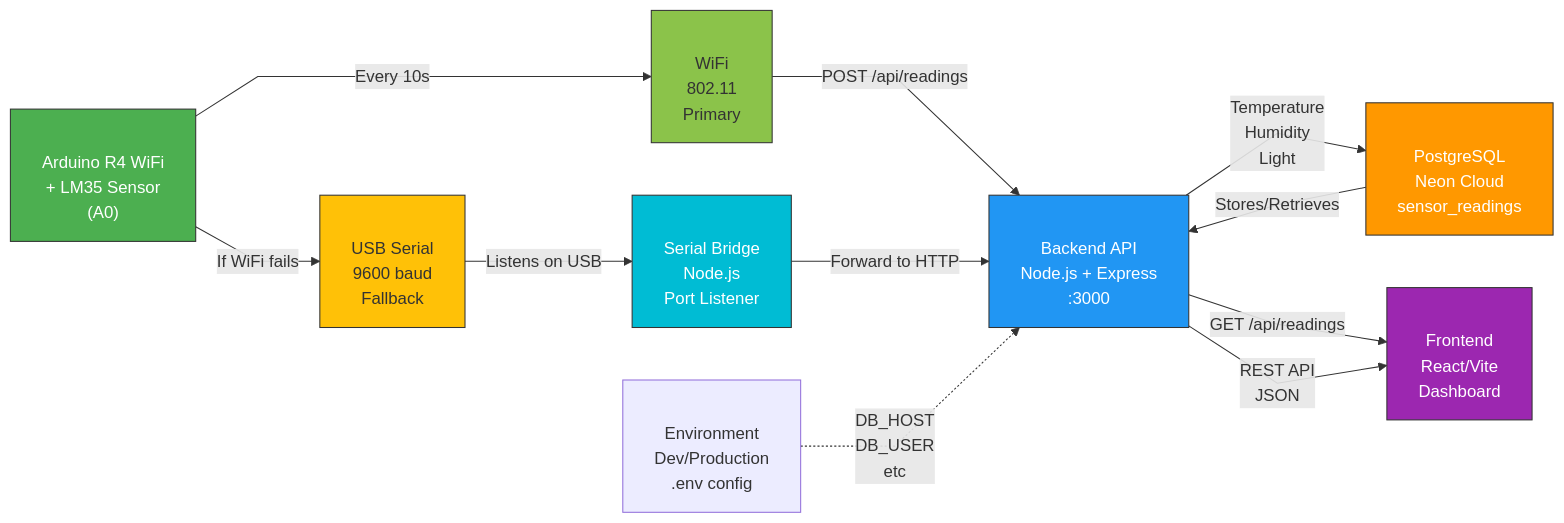
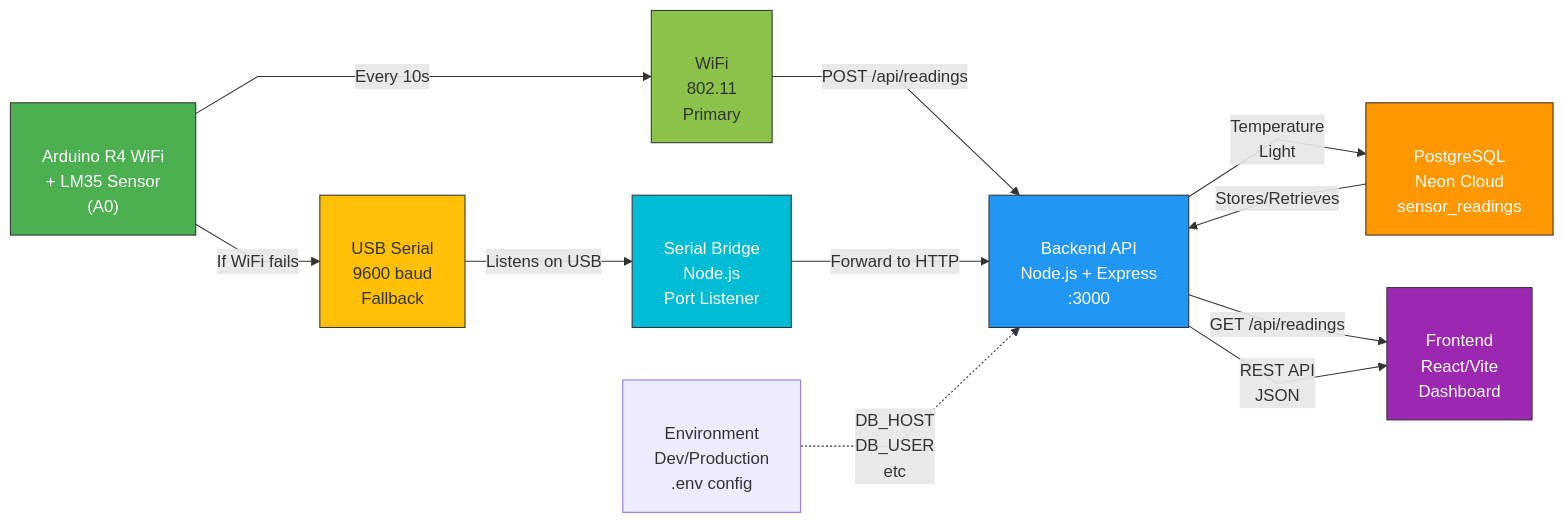
One commit to matthew8598/StaySafe changed the first of 2 diagrams in backend/README.md. Above: the diagram before and after it, drawn with Mermaid. The commit also changed other lines of this file and 18 other files, not shown here.

````diff
--- a/backend/README.md
+++ b/backend/README.md
@@ -9,41 +9,41 @@
 ```mermaid
 %%{init: {'flowchart': {'curve': 'linear', 'nodeSpacing': 50, 'rankSpacing': 40}, 'fontSize': 11, 'fontFamily': 'arial'}}%%
 graph LR
     A["<br/>Arduino R4 WiFi<br/>+ LM35 Sensor<br/>(A0)"]
     
     B["<br/>WiFi<br/>802.11<br/>Primary"]
     C["<br/>USB Serial<br/>9600 baud<br/>Fallback"]
     
     D["<br/>Serial Bridge<br/>Node.js<br/>Port Listener"]
     
     E["<br/>Backend API<br/>Node.js + Express<br/>:3000"]
     
     F["<br/>PostgreSQL<br/>Neon Cloud<br/>sensor_readings"]
     
     G["<br/>Frontend<br/>React/Vite<br/>Dashboard"]
     
     H["<br/>Environment<br/>Dev/Production<br/>.env config"]
     
     A -->|"Every 10s"| B
     A -->|"If WiFi fails"| C
     
     B -->|"POST /api/readings"| E
     C -->|"Listens on USB"| D
     D -->|"Forward to HTTP"| E
     
-    E -->|"Temperature<br/>Humidity<br/>Light"| F
+    E -->|"Temperature<br/>Light"| F
     
     F -->|"Stores/Retrieves"| E
     E -->|"GET /api/readings"| G
     E -->|"REST API<br/>JSON"| G
     
     H -.->|"DB_HOST<br/>DB_USER<br/>etc"| E
     
     style A fill:#4CAF50,stroke:#333,color:#fff
     style E fill:#2196F3,stroke:#333,color:#fff
     style F fill:#FF9800,stroke:#333,color:#fff
     style G fill:#9C27B0,stroke:#333,color:#fff
     style D fill:#00BCD4,stroke:#333,color:#fff
     style B fill:#8BC34A,stroke:#333
     style C fill:#FFC107,stroke:#333
 ```
````
